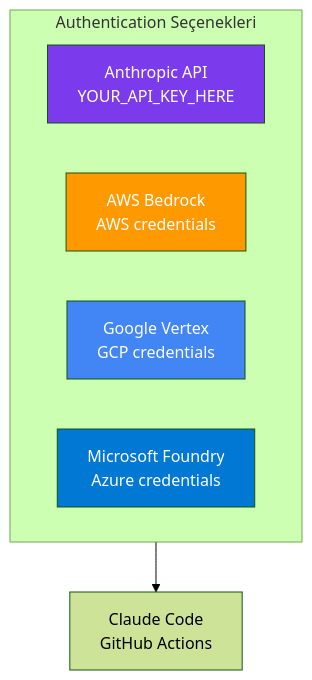
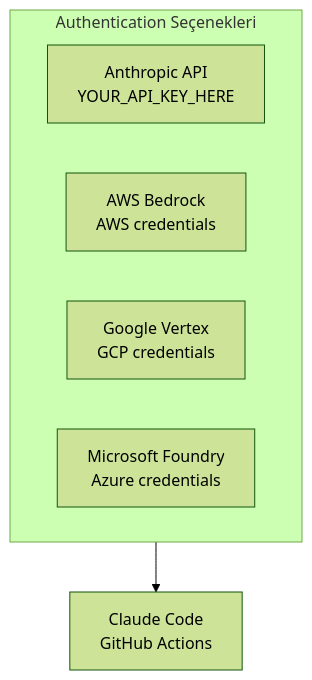
One commit to IzzetYasinAtes/ClaudeCodeHandbook changed the fourth of 5 diagrams in 16-cicd-ve-devops/01-github-actions.md. Above: the diagram before and after it, drawn with Mermaid (forest theme). The commit also changed other lines of this file and 97 other files, not shown here.

Commit message:
Remove all custom Mermaid style/fill colors from 98 markdown files for consistent dark theme rendering

````diff
--- a/16-cicd-ve-devops/01-github-actions.md
+++ b/16-cicd-ve-devops/01-github-actions.md
@@ -195,16 +191,12 @@
 ```mermaid
 flowchart TB
     subgraph auth ["Authentication Seçenekleri"]
         A1["Anthropic API<br/>YOUR_API_KEY_HERE"]
         A2["AWS Bedrock<br/>AWS credentials"]
         A3["Google Vertex<br/>GCP credentials"]
         A4["Microsoft Foundry<br/>Azure credentials"]
     end
 
     auth --> CC["Claude Code<br/>GitHub Actions"]
 
-    style A1 fill:#7C3AED,color:#fff
-    style A2 fill:#FF9900,color:#fff
-    style A3 fill:#4285F4,color:#fff
-    style A4 fill:#0078D4,color:#fff
 ```
````
